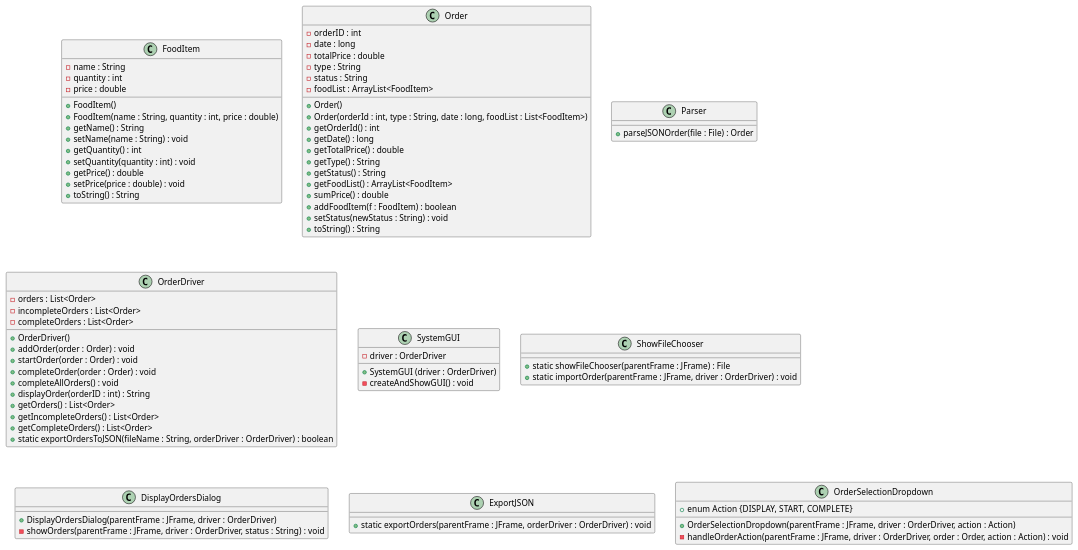
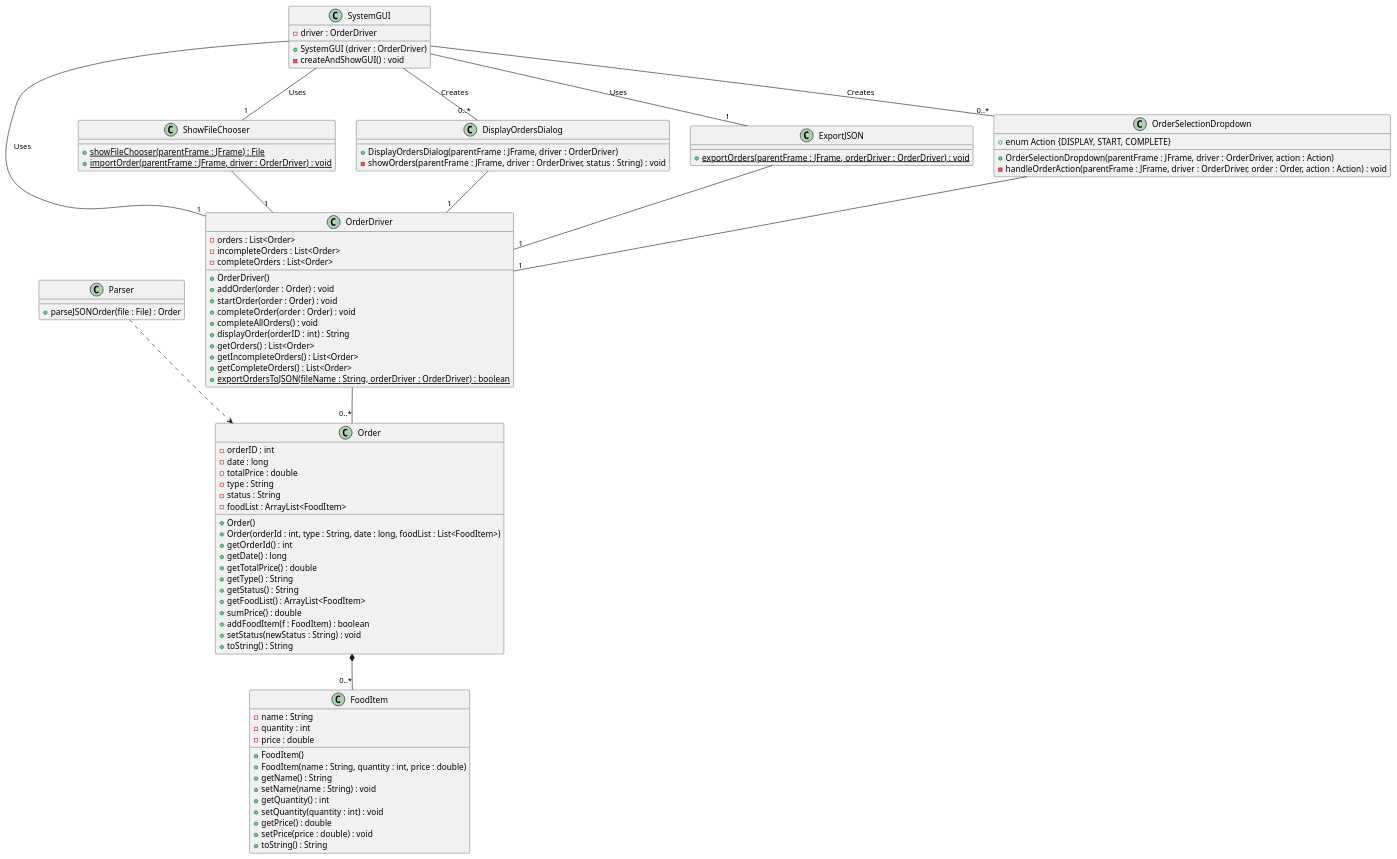
Before and after one commit to aidanmahl/372GroupProject: the diagram in code/src/main/java/Design/ClassUMLDiagram.puml, drawn with PlantUML.

Commit message:
Making relationships.

```diff
--- a/code/src/main/java/Design/ClassUMLDiagram.puml
+++ b/code/src/main/java/Design/ClassUMLDiagram.puml
@@ -1,116 +1,109 @@
 @startuml
 'https://plantuml.com/class-diagram
-
-'class Parser
-'class FoodItem
-'class Order
-'class OrderDriver
-'
-'class SystemGUI
-'class ShowFileChooser
-'class DisplayOrdersDialog
-'class ExportJSON
-'class OrderSelectionDropdown
-
-'interface JSONsimple
-'
-'
-'JSONsimple <|- Parser
-'Order -- Parser
-'FoodItem <- Order
-'Parser -- OrderDriver
-'
-'OrderDriver <-- SystemGUI
-'
-'SystemGUI -- ShowFileChooser
-'SystemGUI -- DisplayOrdersDialog
-'SystemGUI -- ExportJSON
-'SystemGUI -- OrderSelectionDropdown
 
 class FoodItem {
 - name : String
 - quantity : int
 - price : double
 
 + FoodItem()
 + FoodItem(name : String, quantity : int, price : double)
 + getName() : String
 + setName(name : String) : void
 + getQuantity() : int
 + setQuantity(quantity : int) : void
 + getPrice() : double
 + setPrice(price : double) : void
 + toString() : String
 }
 
 class Order {
 - orderID : int
 - date : long
 - totalPrice : double
 - type : String
 - status : String
 - foodList : ArrayList<FoodItem>
 
 + Order()
 + Order(orderId : int, type : String, date : long, foodList : List<FoodItem>)
 + getOrderId() : int
 + getDate() : long
 + getTotalPrice() : double
 + getType() : String
 + getStatus() : String
 + getFoodList() : ArrayList<FoodItem>
 + sumPrice() : double
 + addFoodItem(f : FoodItem) : boolean
 + setStatus(newStatus : String) : void
 + toString() : String
 }
 
 class Parser {
 + parseJSONOrder(file : File) : Order
 }
 
 class OrderDriver {
 - orders : List<Order>
 - incompleteOrders : List<Order>
 - completeOrders : List<Order>
 
 + OrderDriver()
 + addOrder(order : Order) : void
 + startOrder(order : Order) : void
 + completeOrder(order : Order) : void
 + completeAllOrders() : void
 + displayOrder(orderID : int) : String
 + getOrders() : List<Order>
 + getIncompleteOrders() : List<Order>
 + getCompleteOrders() : List<Order>
-+ static exportOrdersToJSON(fileName : String, orderDriver : OrderDriver) : boolean
++ {static} exportOrdersToJSON(fileName : String, orderDriver : OrderDriver) : boolean
 }
 
 class SystemGUI {
 - driver : OrderDriver
 + SystemGUI (driver : OrderDriver)
 - createAndShowGUI() : void
 }
 
 class ShowFileChooser {
-+ static showFileChooser(parentFrame : JFrame) : File
-+ static importOrder(parentFrame : JFrame, driver : OrderDriver) : void
++ {static} showFileChooser(parentFrame : JFrame) : File
++ {static} importOrder(parentFrame : JFrame, driver : OrderDriver) : void
 }
 
 class DisplayOrdersDialog{
 + DisplayOrdersDialog(parentFrame : JFrame, driver : OrderDriver)
 - showOrders(parentFrame : JFrame, driver : OrderDriver, status : String) : void
 }
 
 class ExportJSON{
-+ static exportOrders(parentFrame : JFrame, orderDriver : OrderDriver) : void
++ {static} exportOrders(parentFrame : JFrame, orderDriver : OrderDriver) : void
 }
 
 class OrderSelectionDropdown{
 + OrderSelectionDropdown(parentFrame : JFrame, driver : OrderDriver, action : Action)
 - handleOrderAction(parentFrame : JFrame, driver : OrderDriver, order : Order, action : Action) : void
 + enum Action {DISPLAY, START, COMPLETE}
 }
 
-' Relationships
+SystemGUI -- "1" OrderDriver : Uses
+SystemGUI -- "0..*" DisplayOrdersDialog : Creates
+SystemGUI -- "0..*" OrderSelectionDropdown : Creates
+SystemGUI -- "1" ShowFileChooser : Uses
+SystemGUI -- "1" ExportJSON : Uses
+
+DisplayOrdersDialog -- "1" OrderDriver
+OrderSelectionDropdown -- "1" OrderDriver
+ShowFileChooser -- "1" OrderDriver
+ExportJSON -- "1" OrderDriver
+
+OrderDriver -- "0..*" Order
+Order *-- "0..*" FoodItem
+
+Parser ..> Order
+
+SystemGUI -[hidden]-> OrderDriver
+OrderDriver -[hidden]-> Order
+Order -[hidden]-> FoodItem
+
 @enduml
```
